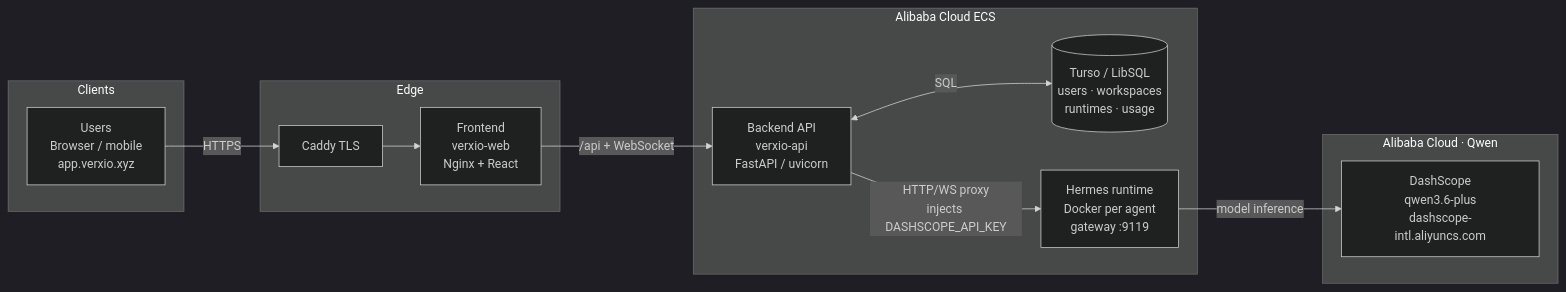
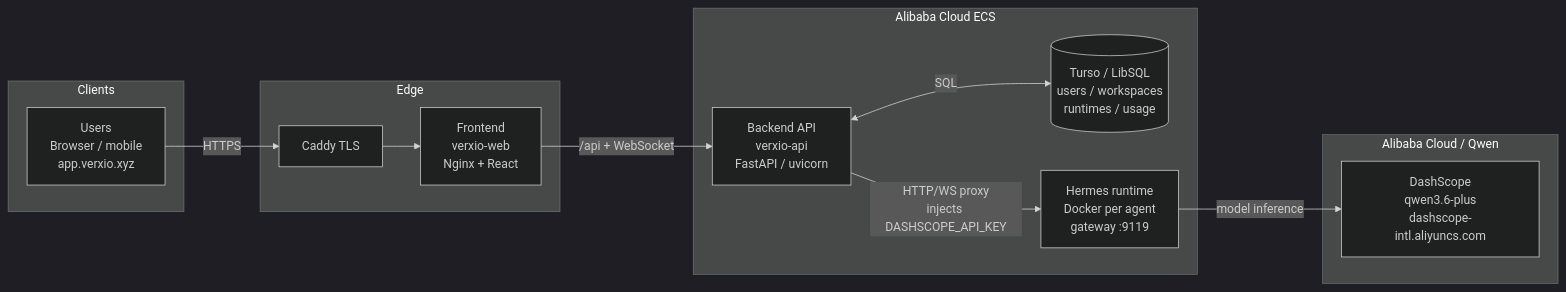
One commit to Axio-Lab/verxio-ai changed the second of 2 diagrams in README.md. Above: the diagram before and after it, drawn with Mermaid (dark theme). The commit also changed other lines of this file, not shown here.

````diff
--- a/README.md
+++ b/README.md
@@ -19,27 +194,27 @@
 ```mermaid
 flowchart LR
   subgraph Clients
     U["Users<br/>Browser / mobile<br/>app.verxio.xyz"]
   end
 
   subgraph Edge
     C["Caddy TLS"]
     W["Frontend<br/>verxio-web<br/>Nginx + React"]
   end
 
   subgraph ECS["Alibaba Cloud ECS"]
     API["Backend API<br/>verxio-api<br/>FastAPI / uvicorn"]
-    DB[("Turso / LibSQL<br/>users · workspaces<br/>runtimes · usage")]
+    DB[("Turso / LibSQL<br/>users / workspaces<br/>runtimes / usage")]
     R["Hermes runtime<br/>Docker per agent<br/>gateway :9119"]
   end
 
-  subgraph QwenCloud["Alibaba Cloud · Qwen"]
+  subgraph QwenCloud["Alibaba Cloud / Qwen"]
     DS["DashScope<br/>qwen3.6-plus<br/>dashscope-intl.aliyuncs.com"]
   end
 
   U -->|HTTPS| C --> W
   W -->|"/api + WebSocket"| API
   API <-->|SQL| DB
   API -->|"HTTP/WS proxy<br/>injects DASHSCOPE_API_KEY"| R
   R -->|model inference| DS
 ```
````
